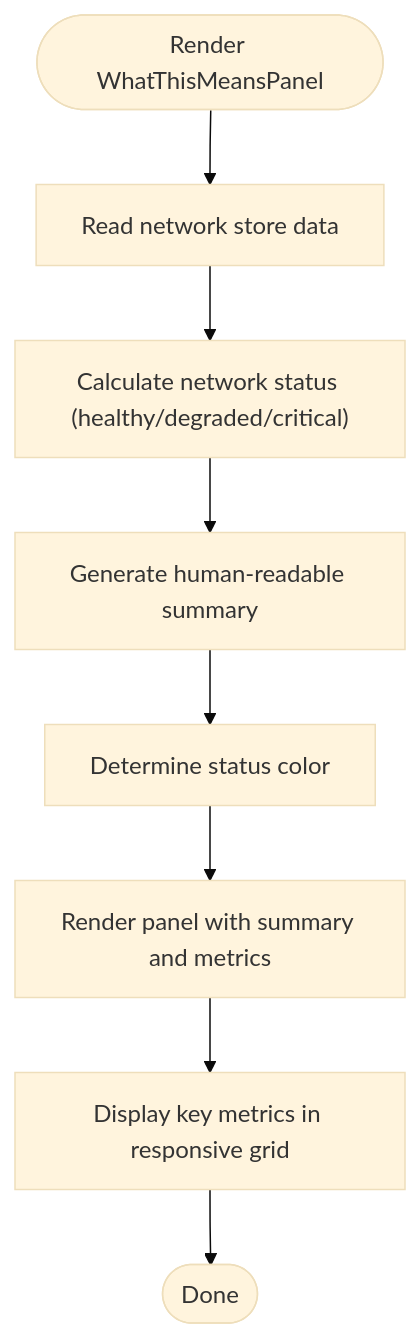
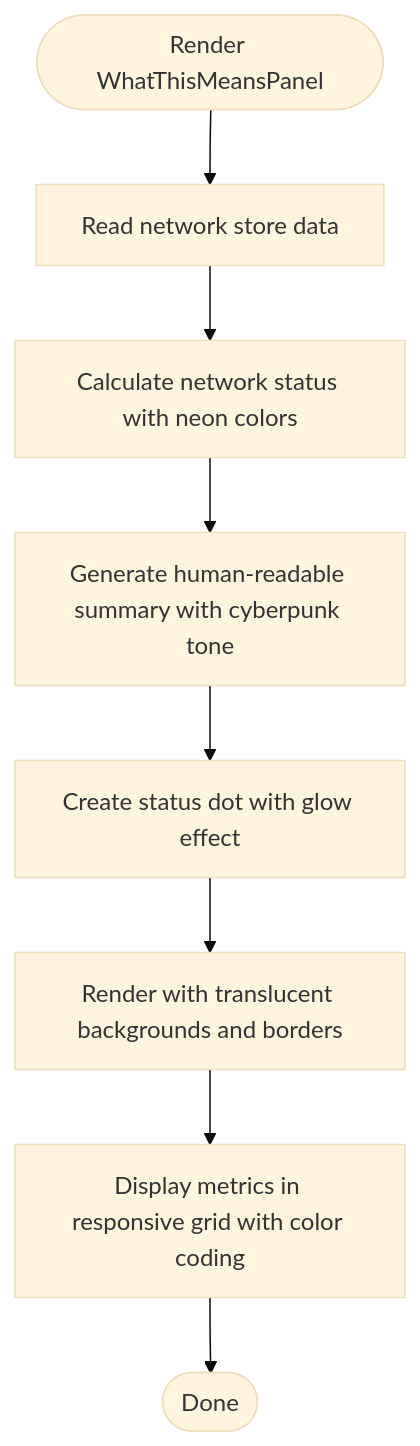
The tenth of 19 diagrams in .qoder/repowiki/en/content/Frontend Architecture/Component Architecture.md (RunTimeAdmin/InfraWatch), drawn with Mermaid (base theme) before and after one commit. The commit also changed other lines of this file and 12 other files, not shown here.

````diff
--- a/.qoder/repowiki/en/content/Frontend Architecture/Component Architecture.md
+++ b/.qoder/repowiki/en/content/Frontend Architecture/Component Architecture.md
@@ -403,10 +409,10 @@
 ```mermaid
 flowchart TD
 Start(["Render WhatThisMeansPanel"]) --> GetData["Read network store data"]
-GetData --> CalcStatus["Calculate network status (healthy/degraded/critical)"]
-CalcStatus --> GenerateSummary["Generate human-readable summary"]
-GenerateSummary --> StatusColor["Determine status color"]
-StatusColor --> RenderPanel["Render panel with summary and metrics"]
-RenderPanel --> MetricsGrid["Display key metrics in responsive grid"]
+GetData --> CalcStatus["Calculate network status with neon colors"]
+CalcStatus --> GenerateSummary["Generate human-readable summary with cyberpunk tone"]
+GenerateSummary --> CreateGlow["Create status dot with glow effect"]
+CreateGlow --> RenderPanel["Render with translucent backgrounds and borders"]
+RenderPanel --> MetricsGrid["Display metrics in responsive grid with color coding"]
 MetricsGrid --> End(["Done"])
 ```
````
